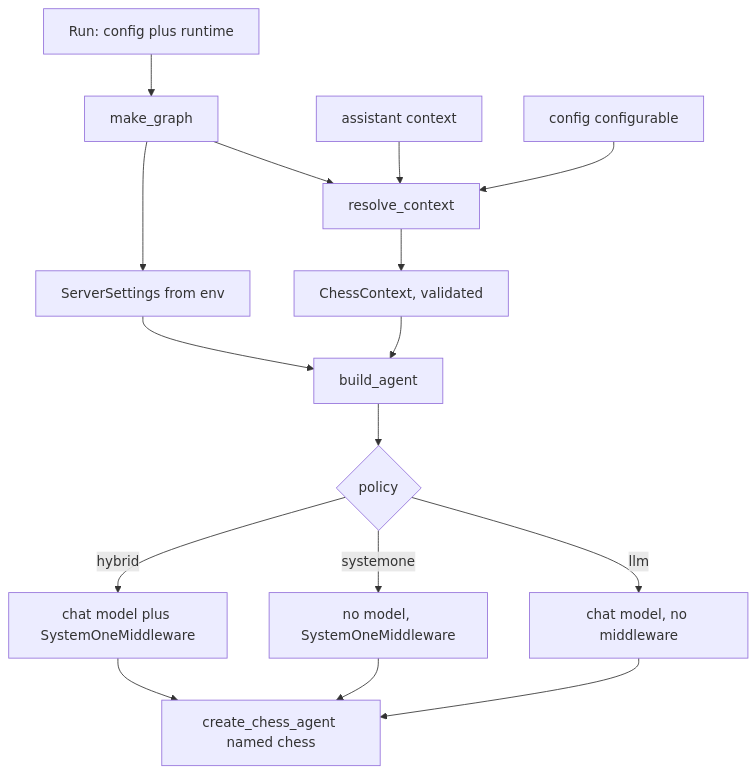
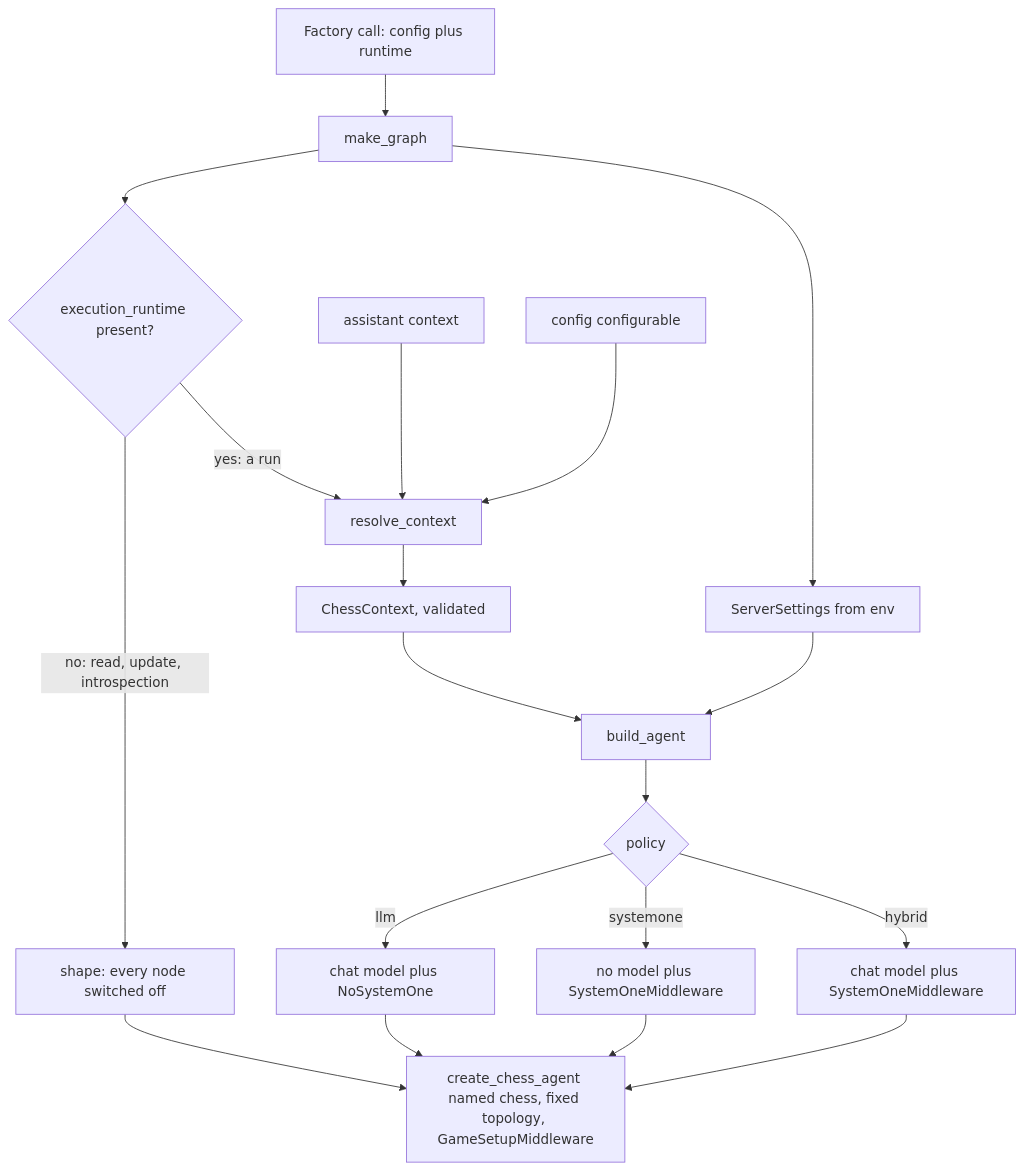
The diagram in openwiki/integrations/agent-server.md (darieldatoon/langchain-chess), drawn with Mermaid before and after one commit. The commit also changed other lines of this file and 39 other files, not shown here.

````diff
--- a/openwiki/integrations/agent-server.md
+++ b/openwiki/integrations/agent-server.md
@@ -57,18 +69,21 @@
 ```mermaid
 flowchart TD
-    Run["Run: config plus runtime"] --> MG["make_graph"]
-    MG --> RC["resolve_context"]
+    Call["Factory call: config plus runtime"] --> MG["make_graph"]
+    MG --> Q{"execution_runtime present?"}
+    Q -->|"no: read, update, introspection"| SH["shape: every node switched off"]
+    Q -->|"yes: a run"| RC["resolve_context"]
     AC["assistant context"] --> RC
     CF["config configurable"] --> RC
     RC --> CTX["ChessContext, validated"]
     MG --> SS["ServerSettings from env"]
     CTX --> BA["build_agent"]
     SS --> BA
     BA --> P{"policy"}
-    P -->|llm| L["chat model, no middleware"]
-    P -->|systemone| S["no model, SystemOneMiddleware"]
+    P -->|llm| L["chat model plus NoSystemOne"]
+    P -->|systemone| S["no model plus SystemOneMiddleware"]
     P -->|hybrid| H["chat model plus SystemOneMiddleware"]
-    L --> CCA["create_chess_agent named chess"]
+    L --> CCA["create_chess_agent named chess, fixed topology, GameSetupMiddleware"]
     S --> CCA
     H --> CCA
+    SH --> CCA
 ```
````
